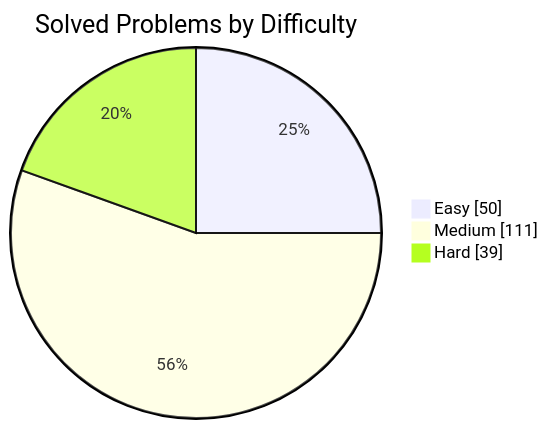
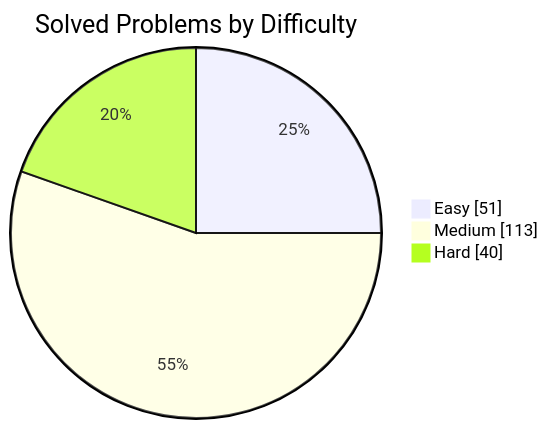
The first of 2 diagrams in README.md (manikantbindass/DSA-Preparation-FAANG), drawn with Mermaid before and after one commit. The commit also changed other lines of this file and 1 other file, not shown here.

````diff
--- a/README.md
+++ b/README.md
@@ -40,7 +40,7 @@
 ```mermaid
 pie showData
     title Solved Problems by Difficulty
-    "Easy" : 50
-    "Medium" : 111
-    "Hard" : 39
+    "Easy" : 51
+    "Medium" : 113
+    "Hard" : 40
 ```
````
